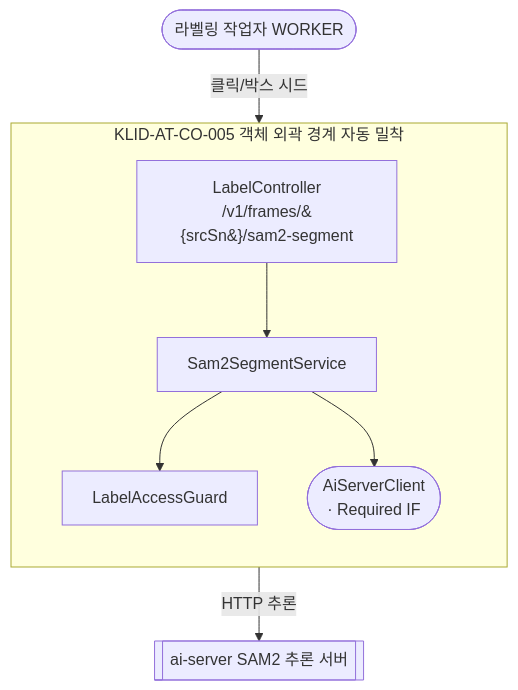
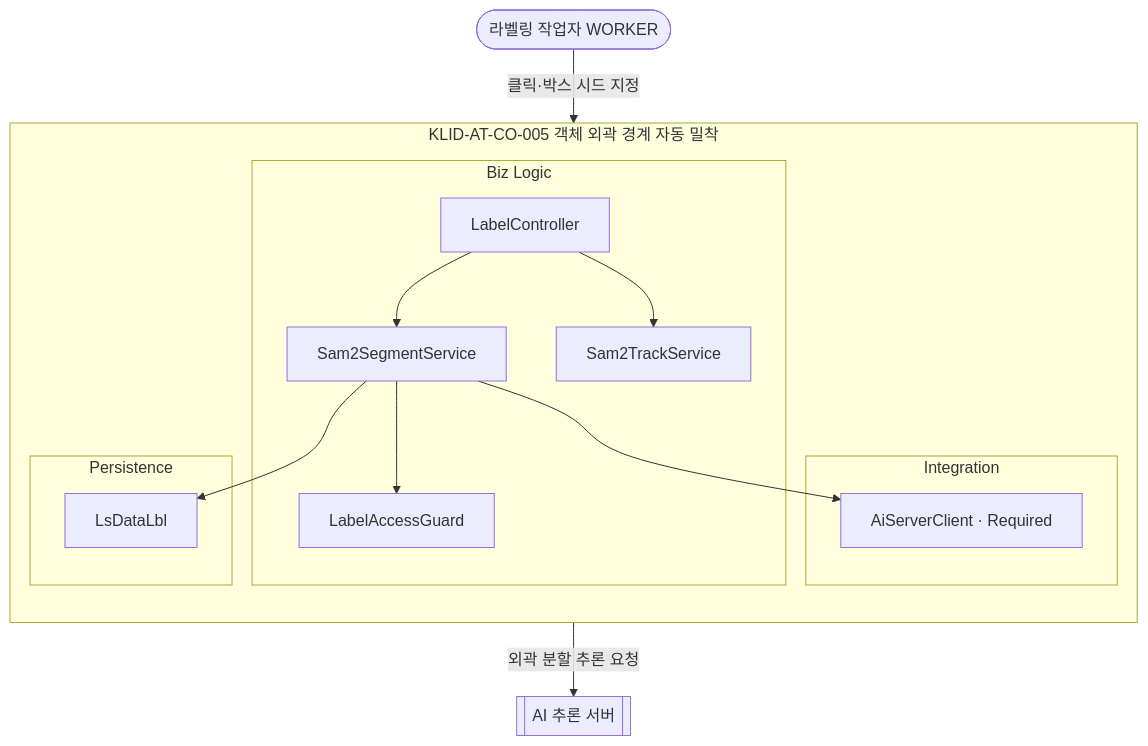
One commit to New-stella/klid-label changed the fifth of 13 diagrams in docs/design/D3-컴포넌트설계서.md. Above: the diagram before and after it, drawn with Mermaid. The commit also changed other lines of this file and 32 other files, not shown here.

````diff
--- a/docs/design/D3-컴포넌트설계서.md
+++ b/docs/design/D3-컴포넌트설계서.md
@@ -137,17 +162,27 @@
 ```mermaid
 flowchart TD
     WORKER([라벨링 작업자 WORKER])
-    AISVR[[ai-server SAM2 추론 서버]]
+    AISVR[[AI 추론 서버]]
     subgraph CO005[KLID-AT-CO-005 객체 외곽 경계 자동 밀착]
         direction TB
-        LC[LabelController<br/>/v1/frames/&#123;srcSn&#125;/sam2-segment]
-        SSS[Sam2SegmentService]
-        LAG[LabelAccessGuard]
-        AISC([AiServerClient<br/>· Required IF])
+        subgraph BIZ5[Biz Logic]
+            LC[LabelController]
+            SSS[Sam2SegmentService]
+            STS[Sam2TrackService]
+            LAG[LabelAccessGuard]
+        end
+        subgraph INT5[Integration]
+            AISC[AiServerClient · Required]
+        end
+        subgraph PER5[Persistence]
+            LDL[LsDataLbl]
+        end
         LC --> SSS
         SSS --> LAG
         SSS --> AISC
+        SSS --> LDL
+        LC --> STS
     end
-    WORKER -->|클릭/박스 시드| LC
-    AISC -->|HTTP 추론| AISVR
+    WORKER -->|클릭·박스 시드 지정| LC
+    AISC -->|외곽 분할 추론 요청| AISVR
 ```
````
